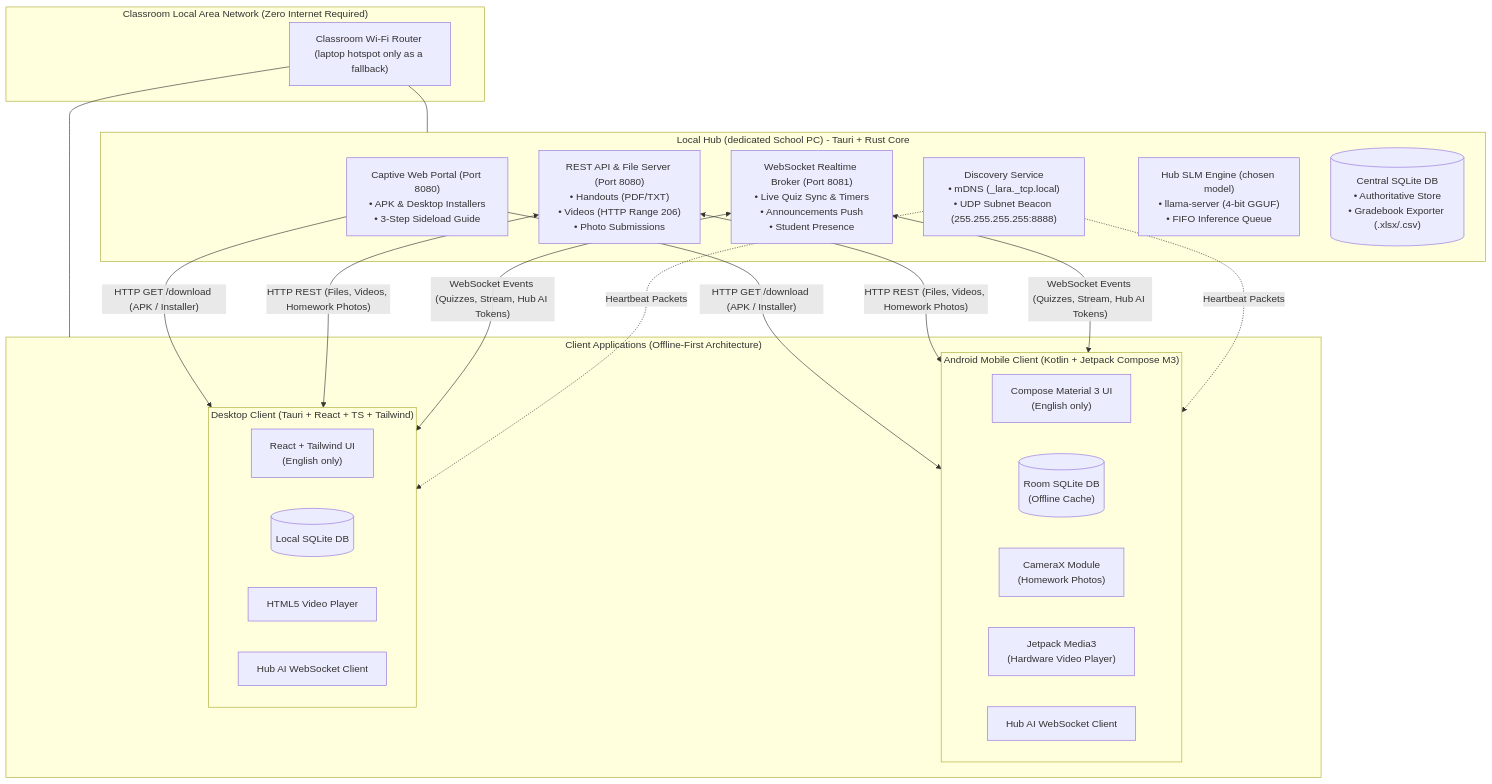
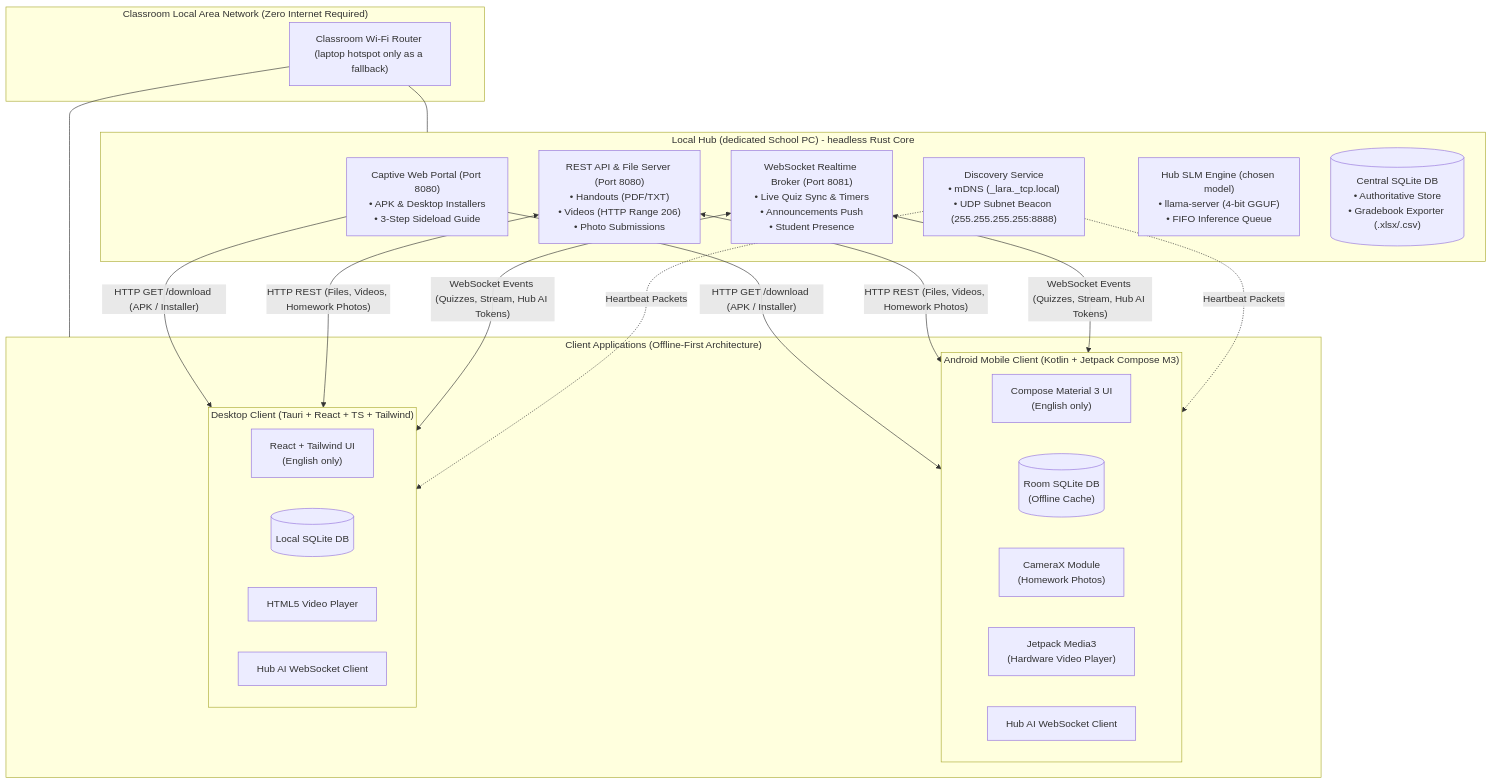
The first of 5 diagrams in docs/PRD.md (BootlegYouki/L.A.R.A), drawn with Mermaid before and after one commit. The commit also changed other lines of this file and 1 other file, not shown here.

Commit message:
docs: Hub is headless with a website dashboard (#329)

````diff
--- a/docs/PRD.md
+++ b/docs/PRD.md
@@ -52,40 +52,40 @@
 ```mermaid
 flowchart TD
  subgraph RouterArea["Classroom Local Area Network (Zero Internet Required)"]
  Router["Classroom Wi-Fi Router (laptop hotspot only as a fallback)"]
  end
 
- subgraph HubServer["Local Hub (dedicated School PC) - Tauri + Rust Core"]
+ subgraph HubServer["Local Hub (dedicated School PC) - headless Rust Core"]
  Captive["Captive Web Portal (Port 8080)<br/>• APK & Desktop Installers<br/>• 3-Step Sideload Guide"]
  RestEngine["REST API & File Server (Port 8080)<br/>• Handouts (PDF/TXT)<br/>• Videos (HTTP Range 206)<br/>• Photo Submissions"]
  WsBroker["WebSocket Realtime Broker (Port 8081)<br/>• Live Quiz Sync & Timers<br/>• Announcements Push<br/>• Student Presence"]
  Discovery["Discovery Service<br/>• mDNS (_lara._tcp.local)<br/>• UDP Subnet Beacon (255.255.255.255:8888)"]
  HubAI["Hub SLM Engine (chosen model)<br/>• llama-server (4-bit GGUF)<br/>• FIFO Inference Queue"]
  CentralDB[("Central SQLite DB<br/>• Authoritative Store<br/>• Gradebook Exporter (.xlsx/.csv)")]
  end
 
  subgraph ClientApps["Client Applications (Offline-First Architecture)"]
  subgraph AndroidClient["Android Mobile Client (Kotlin + Jetpack Compose M3)"]
  DroidUI["Compose Material 3 UI<br/>(English only)"]
  DroidRoom[("Room SQLite DB<br/>(Offline Cache)")]
  DroidCam["CameraX Module<br/>(Homework Photos)"]
  DroidMedia["Jetpack Media3<br/>(Hardware Video Player)"]
  DroidAI["Hub AI WebSocket Client"]
  end
 
  subgraph DesktopClient["Desktop Client (Tauri + React + TS + Tailwind)"]
  DeskUI["React + Tailwind UI<br/>(English only)"]
  DeskSQLite[("Local SQLite DB")]
  DeskVideo["HTML5 Video Player"]
  DeskAI["Hub AI WebSocket Client"]
  end
  end
 
  Router --- HubServer
  Router --- ClientApps
 
  Captive -->|"HTTP GET /download (APK / Installer)"| AndroidClient & DesktopClient
  RestEngine <-->|"HTTP REST (Files, Videos, Homework Photos)"| AndroidClient & DesktopClient
  WsBroker <-->|"WebSocket Events (Quizzes, Stream, Hub AI Tokens)"| AndroidClient & DesktopClient
  Discovery -.->|"Heartbeat Packets"| AndroidClient & DesktopClient
 ```
````
